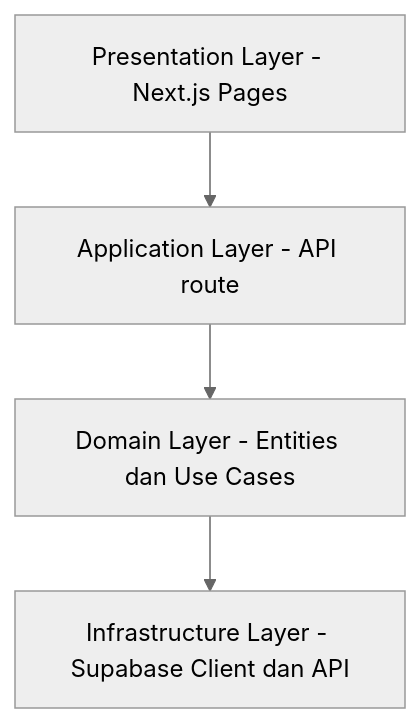
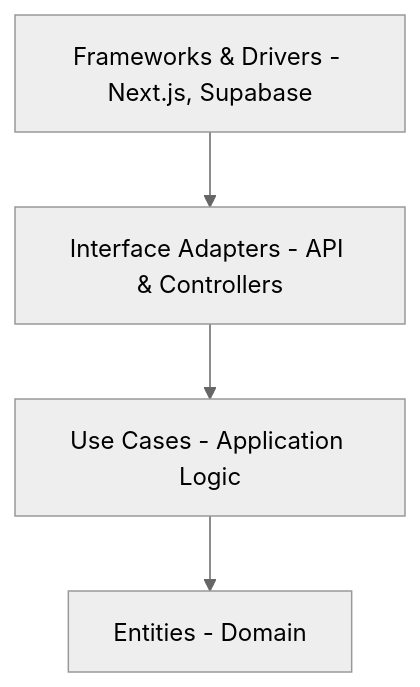
One commit to dhikryaaa/Final-Project-BuyIt changed the second of 5 diagrams in README.md. Above: the diagram before and after it, drawn with Mermaid (neutral theme). The commit also changed other lines of this file, not shown here.

````diff
--- a/README.md
+++ b/README.md
@@ -48,6 +49,11 @@
 ```mermaid
-graph TD
-    UI[Presentation Layer - Next.js Pages] --> AL[Application Layer - API route]
-    AL --> DL[Domain Layer - Entities dan Use Cases]
-    DL --> IL[Infrastructure Layer - Supabase Client dan API]
+graph TB
+    A[Entities - Domain]
+    B[Use Cases - Application Logic]
+    C[Interface Adapters - API & Controllers]
+    D[Frameworks & Drivers - Next.js, Supabase]
+
+    D --> C
+    C --> B
+    B --> A
 ```
````
